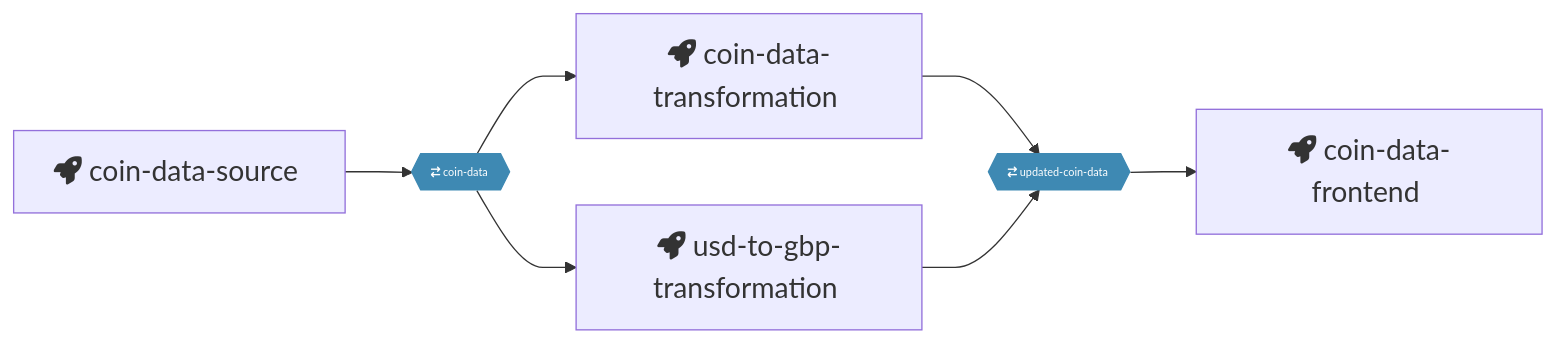
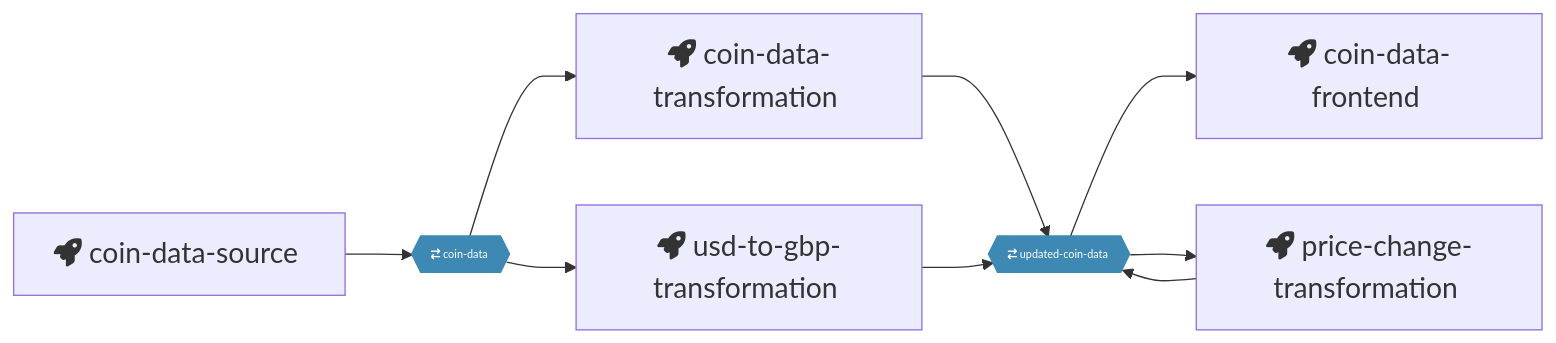
Before and after one commit to ChrisGilchrist/QuixCoinMarket: the diagram in pipeline.md, drawn with Mermaid. The commit also changed 6 other files, not shown here.

````diff
--- a/pipeline.md
+++ b/pipeline.md
@@ -1,17 +1,19 @@
 ```mermaid
 %%{ init: { 'flowchart': { 'curve': 'monotoneX' } } }%%
 graph LR;
 coin-data-source[fa:fa-rocket coin-data-source &#8205] --> coin-data{{ fa:fa-arrow-right-arrow-left coin-data &#8205}}:::topic;
 coin-data{{ fa:fa-arrow-right-arrow-left coin-data &#8205}}:::topic --> coin-data-transformation[fa:fa-rocket coin-data-transformation &#8205];
 coin-data-transformation[fa:fa-rocket coin-data-transformation &#8205] --> updated-coin-data{{ fa:fa-arrow-right-arrow-left updated-coin-data &#8205}}:::topic;
 updated-coin-data{{ fa:fa-arrow-right-arrow-left updated-coin-data &#8205}}:::topic --> coin-data-frontend[fa:fa-rocket coin-data-frontend &#8205];
 coin-data{{ fa:fa-arrow-right-arrow-left coin-data &#8205}}:::topic --> usd-to-gbp-transformation[fa:fa-rocket usd-to-gbp-transformation &#8205];
 usd-to-gbp-transformation[fa:fa-rocket usd-to-gbp-transformation &#8205] --> updated-coin-data{{ fa:fa-arrow-right-arrow-left updated-coin-data &#8205}}:::topic;
+updated-coin-data{{ fa:fa-arrow-right-arrow-left updated-coin-data &#8205}}:::topic --> price-change-transformation[fa:fa-rocket price-change-transformation &#8205];
+price-change-transformation[fa:fa-rocket price-change-transformation &#8205] --> updated-coin-data{{ fa:fa-arrow-right-arrow-left updated-coin-data &#8205}}:::topic;
 
 
 classDef default font-size:110%;
 classDef topic font-size:80%;
 classDef topic fill:#3E89B3;
 classDef topic stroke:#3E89B3;
 classDef topic color:white;
 ```
````
